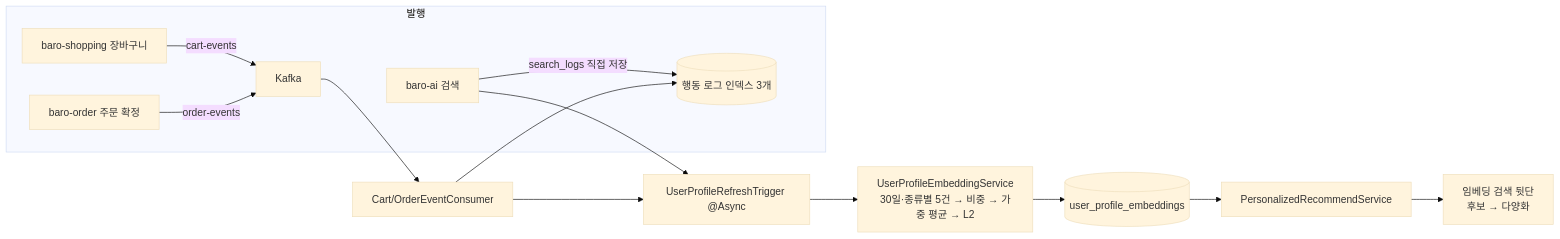
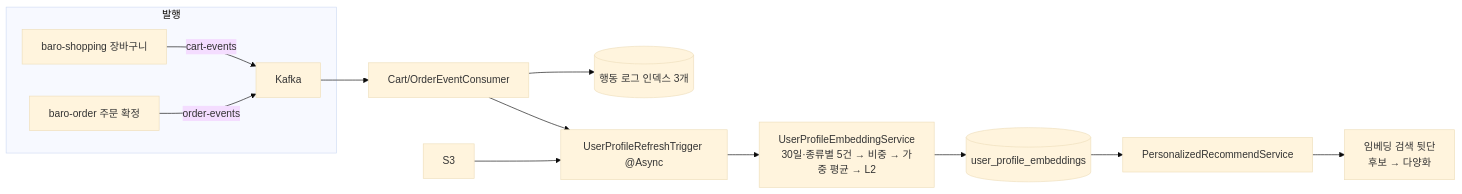
Before and after one commit to chhezue/baro-farm: the diagram in baro-ai/docs/features/taste-vector.md, drawn with Mermaid (base theme). The commit also changed other lines of this file and 15 other files, not shown here.

````diff
--- a/baro-ai/docs/features/taste-vector.md
+++ b/baro-ai/docs/features/taste-vector.md
@@ -23,14 +24,13 @@
 ```mermaid
 flowchart LR
     subgraph 발행
         S1[baro-shopping 장바구니] -->|cart-events| K
         S2[baro-order 주문 확정] -->|order-events| K
-        S3[baro-ai 검색] -->|search_logs 직접 저장| L
     end
     K[Kafka] --> C[Cart/OrderEventConsumer] --> L[(행동 로그 인덱스 3개)]
     C --> T[UserProfileRefreshTrigger @Async]
     S3 --> T
     T --> P[UserProfileEmbeddingService<br/>30일·종류별 5건 → 비중 → 가중 평균 → L2]
     P --> D[(user_profile_embeddings)]
     D --> R[PersonalizedRecommendService] --> V[임베딩 검색 뒷단<br/>후보 → 다양화]
 ```
````
